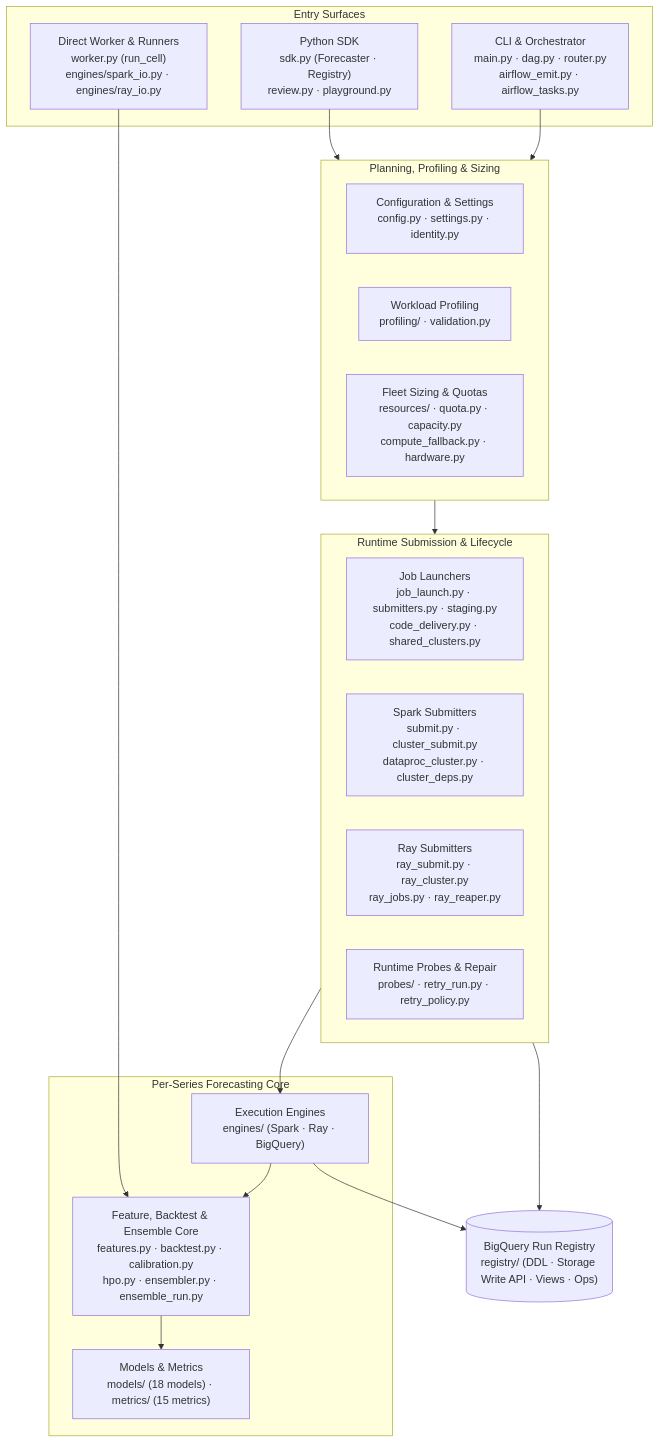
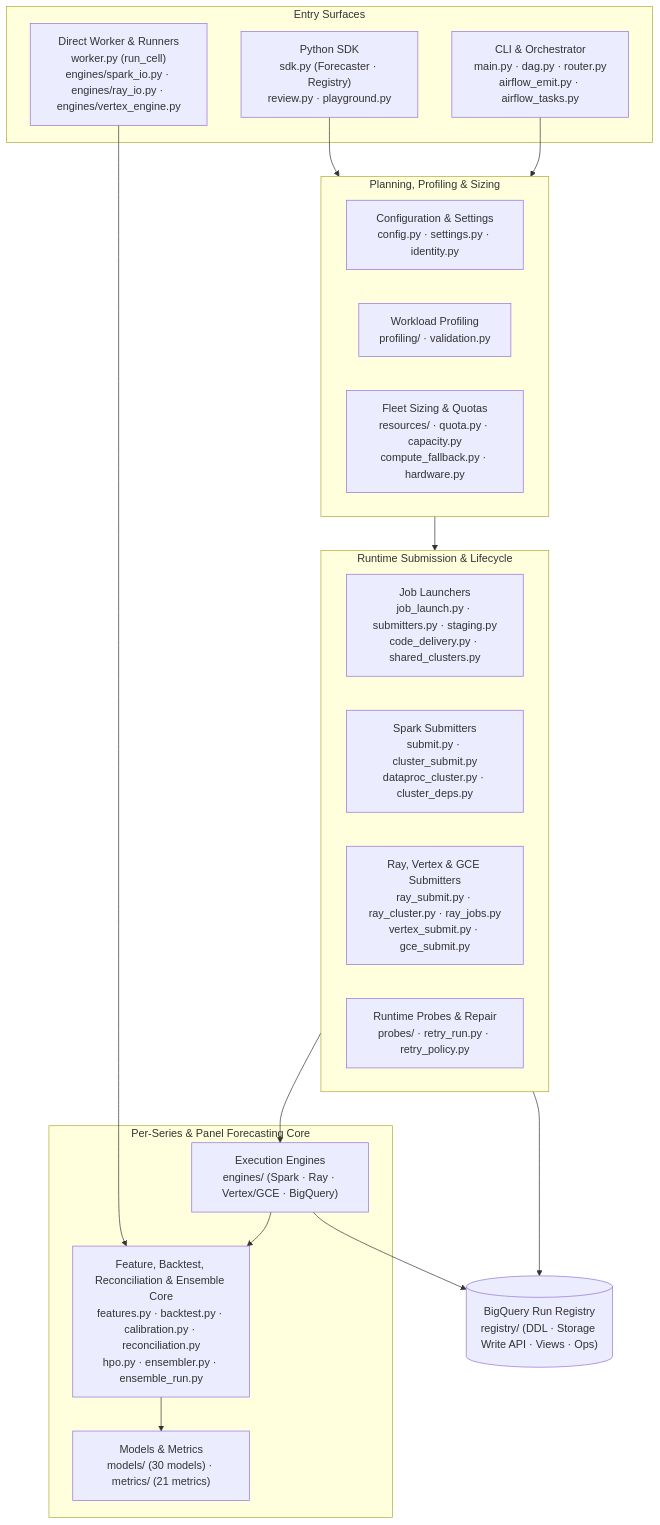
One commit to statmike/scale-forecasting changed the diagram in src/scale_forecasting/README.md. Above: the diagram before and after it, drawn with Mermaid. The commit also changed other lines of this file and 69 other files, not shown here.

First line of the commit message:
feat(compute): add vertex and gce runtimes, unified compute params, GPU-VM catalog, and AGENTS.md

````diff
--- a/src/scale_forecasting/README.md
+++ b/src/scale_forecasting/README.md
@@ -7,36 +7,36 @@
 ```mermaid
 flowchart TB
     subgraph entry["Entry Surfaces"]
         sdk["Python SDK<br/>sdk.py (Forecaster · Registry)<br/>review.py · playground.py"]
         cli["CLI & Orchestrator<br/>main.py · dag.py · router.py<br/>airflow_emit.py · airflow_tasks.py"]
-        direct["Direct Worker & Runners<br/>worker.py (run_cell)<br/>engines/spark_io.py · engines/ray_io.py"]
+        direct["Direct Worker & Runners<br/>worker.py (run_cell)<br/>engines/spark_io.py · engines/ray_io.py · engines/vertex_engine.py"]
     end
 
     subgraph plan["Planning, Profiling & Sizing"]
         cfg["Configuration & Settings<br/>config.py · settings.py · identity.py"]
         prof["Workload Profiling<br/>profiling/ · validation.py"]
         res["Fleet Sizing & Quotas<br/>resources/ · quota.py · capacity.py<br/>compute_fallback.py · hardware.py"]
     end
 
     subgraph submit["Runtime Submission & Lifecycle"]
         sub["Job Launchers<br/>job_launch.py · submitters.py · staging.py<br/>code_delivery.py · shared_clusters.py"]
         spark_sub["Spark Submitters<br/>submit.py · cluster_submit.py<br/>dataproc_cluster.py · cluster_deps.py"]
-        ray_sub["Ray Submitters<br/>ray_submit.py · ray_cluster.py<br/>ray_jobs.py · ray_reaper.py"]
+        ray_sub["Ray, Vertex & GCE Submitters<br/>ray_submit.py · ray_cluster.py · ray_jobs.py<br/>vertex_submit.py · gce_submit.py"]
         probes["Runtime Probes & Repair<br/>probes/ · retry_run.py · retry_policy.py"]
     end
 
-    subgraph core["Per-Series Forecasting Core"]
-        eng["Execution Engines<br/>engines/ (Spark · Ray · BigQuery)"]
-        wf["Feature, Backtest & Ensemble Core<br/>features.py · backtest.py · calibration.py<br/>hpo.py · ensembler.py · ensemble_run.py"]
-        mod["Models & Metrics<br/>models/ (18 models) · metrics/ (15 metrics)"]
+    subgraph core["Per-Series & Panel Forecasting Core"]
+        eng["Execution Engines<br/>engines/ (Spark · Ray · Vertex/GCE · BigQuery)"]
+        wf["Feature, Backtest, Reconciliation & Ensemble Core<br/>features.py · backtest.py · calibration.py · reconciliation.py<br/>hpo.py · ensembler.py · ensemble_run.py"]
+        mod["Models & Metrics<br/>models/ (30 models) · metrics/ (21 metrics)"]
     end
 
     reg[("BigQuery Run Registry<br/>registry/ (DDL · Storage Write API · Views · Ops)")]
 
     sdk & cli --> plan
     plan --> submit
     submit --> eng
     direct --> wf
     eng --> wf --> mod
     eng & submit --> reg
 ```
````
